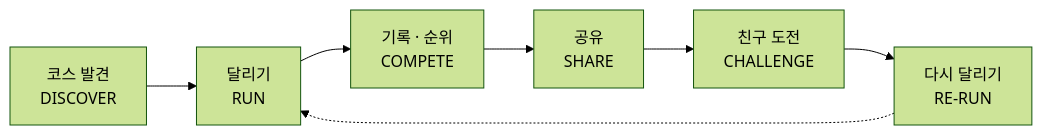
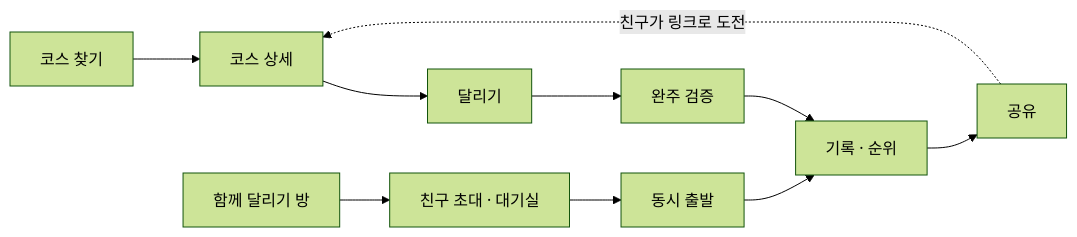
One commit to dongsubnambuk/dallimo changed the first of 2 diagrams in README.md. Above: the diagram before and after it, drawn with Mermaid (forest theme). The commit also changed other lines of this file, not shown here.

````diff
--- a/README.md
+++ b/README.md
@@ -81,9 +47,6 @@
 ```mermaid
 flowchart LR
-    D["코스 발견<br/>DISCOVER"] --> R["달리기<br/>RUN"]
-    R --> C["기록 · 순위<br/>COMPETE"]
-    C --> S["공유<br/>SHARE"]
-    S --> CH["친구 도전<br/>CHALLENGE"]
-    CH --> RR["다시 달리기<br/>RE-RUN"]
-    RR -.-> R
+    A["코스 찾기"] --> B["코스 상세"] --> C["달리기"] --> D["완주 검증"] --> E["기록 · 순위"] --> F["공유"]
+    F -. "친구가 링크로 도전" .-> B
+    G["함께 달리기 방"] --> H["친구 초대 · 대기실"] --> I["동시 출발"] --> E
 ```
````
